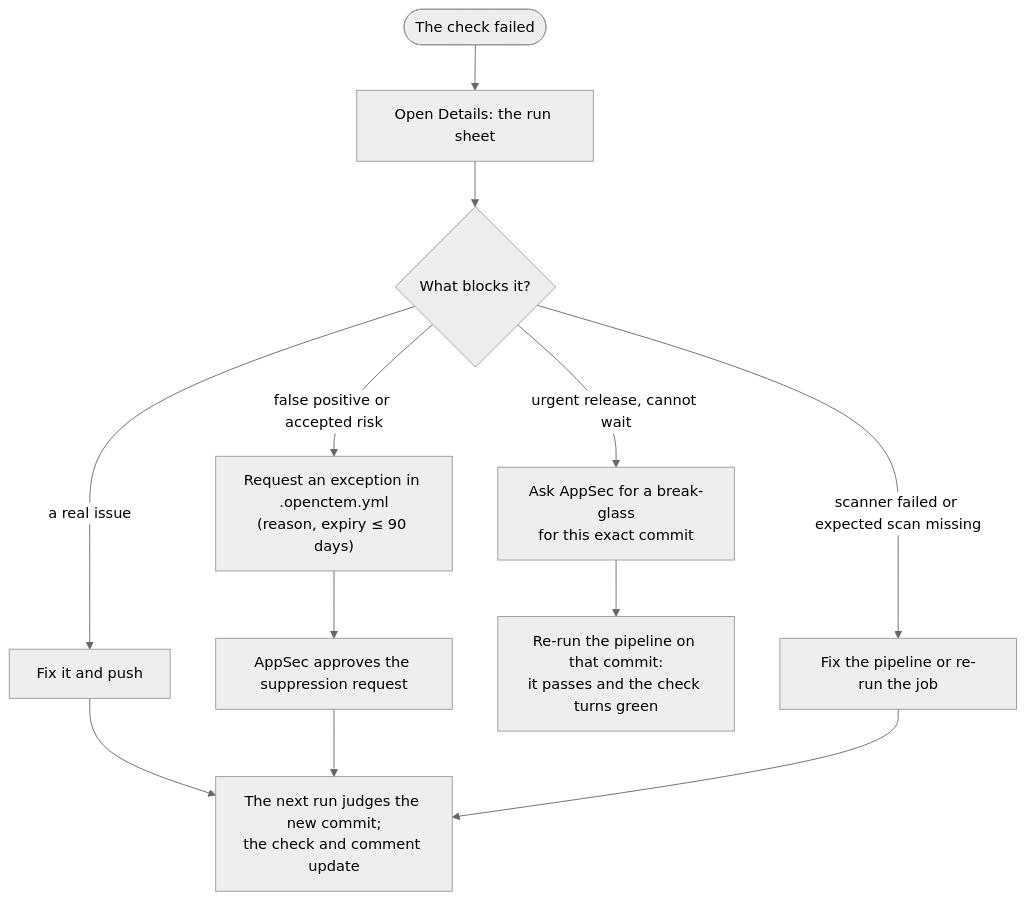
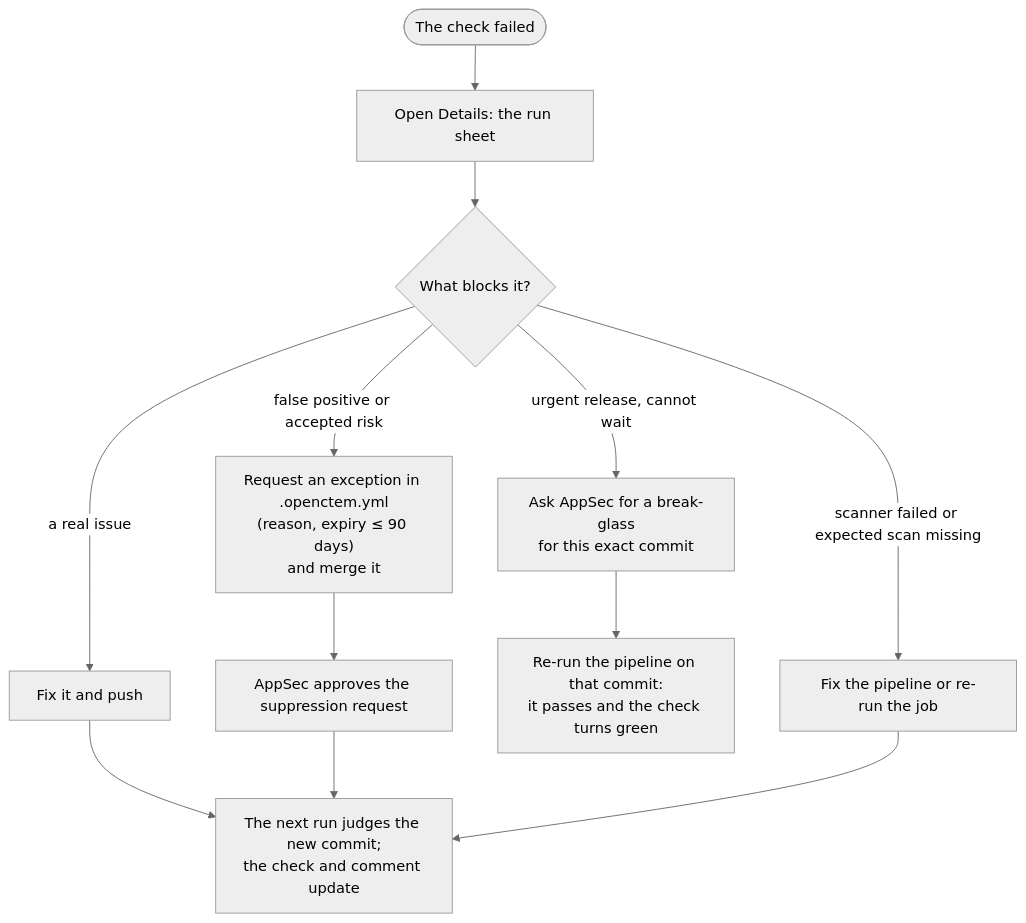
One commit to openctemio/docs changed the diagram in scanning/ci-blocked-pr.md. Above: the diagram before and after it, drawn with Mermaid (neutral theme). The commit also changed other lines of this file and 46 other files, not shown here.

````diff
--- a/scanning/ci-blocked-pr.md
+++ b/scanning/ci-blocked-pr.md
@@ -63,14 +67,14 @@
 ```mermaid
 flowchart TD
   blocked([The check failed]) --> open[Open Details: the run sheet]
   open --> what{What blocks it?}
   what -->|a real issue| fix[Fix it and push]
   fix --> rerun[The next run judges the new commit;<br/>the check and comment update]
-  what -->|false positive or accepted risk| exc["Request an exception in .openctem.yml<br/>(reason, expiry ≤ 90 days)"]
+  what -->|false positive or accepted risk| exc["Request an exception in .openctem.yml<br/>(reason, expiry ≤ 90 days)<br/>and merge it"]
   exc --> approve[AppSec approves the suppression request]
   approve --> rerun
   what -->|urgent release, cannot wait| bg["Ask AppSec for a break-glass<br/>for this exact commit"]
   bg --> rerun2[Re-run the pipeline on that commit:<br/>it passes and the check turns green]
   what -->|scanner failed or expected scan missing| pipe[Fix the pipeline or re-run the job]
   pipe --> rerun
 ```
````
